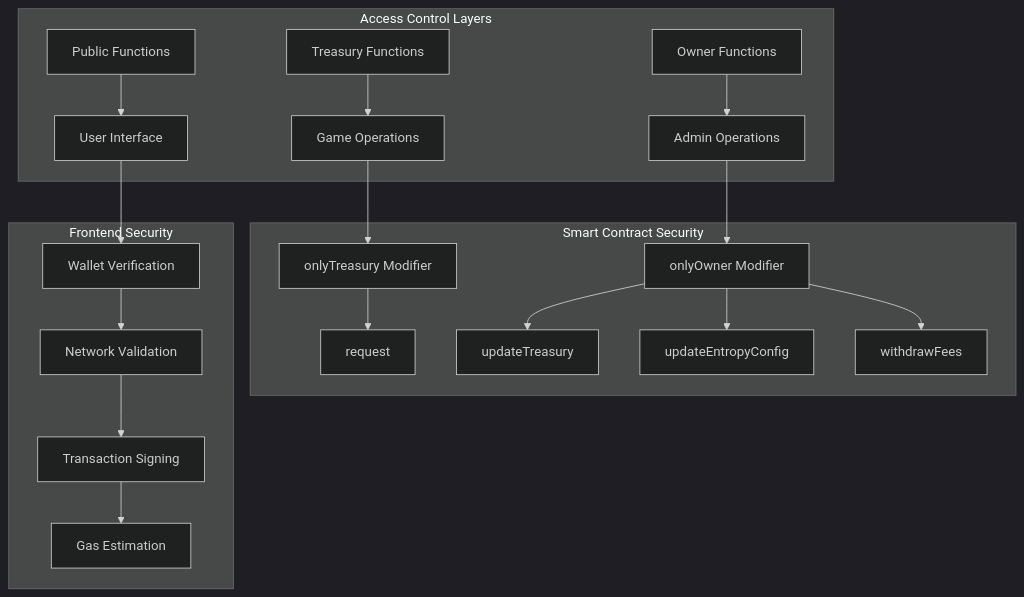
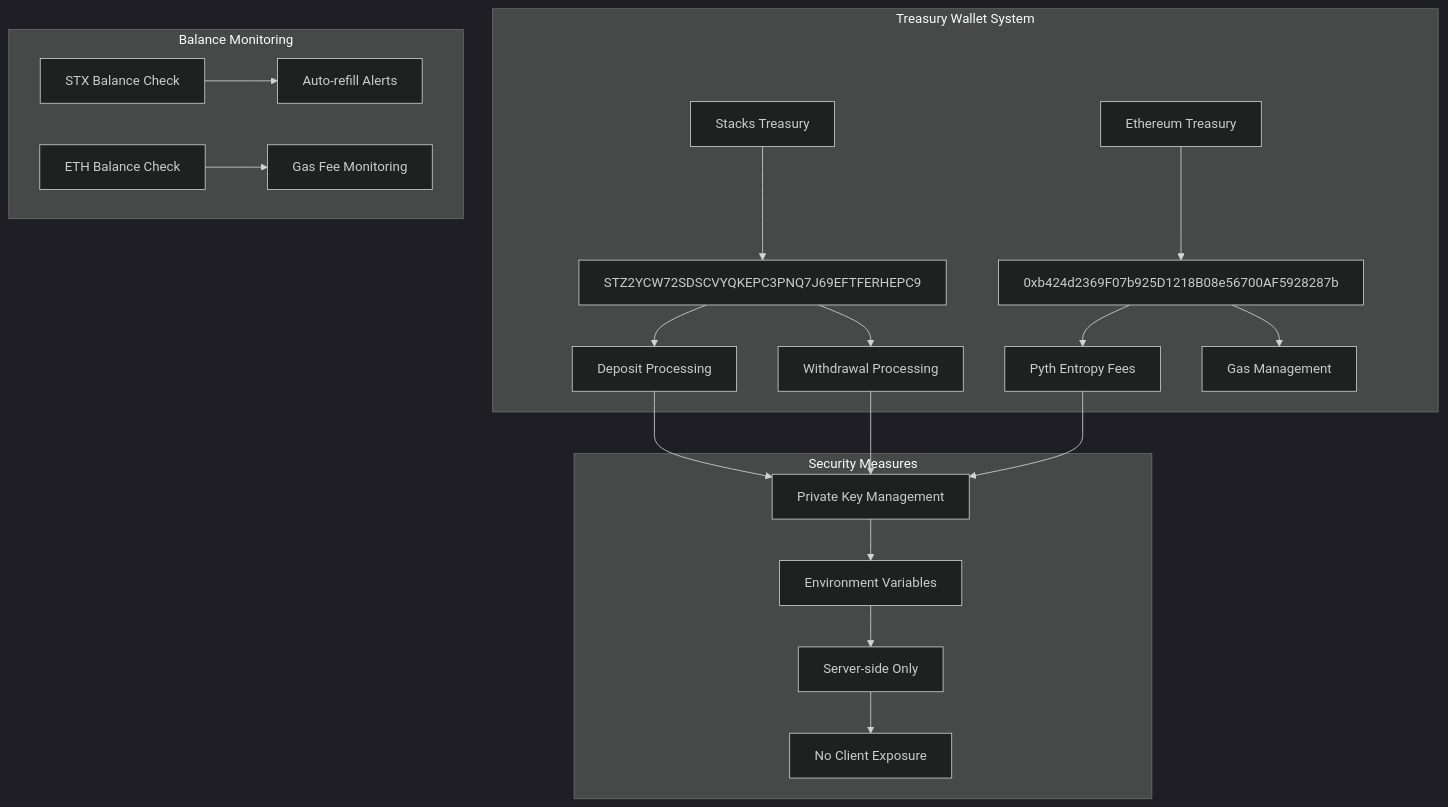
The eighth of 12 diagrams in MERMAID_DIAGRAMS.md (AmaanSayyad/APT-Casino-Stacks), drawn with Mermaid (dark theme) before and after one commit. The commit also changed other lines of this file and 5 other files, not shown here.

````diff
--- a/MERMAID_DIAGRAMS.md
+++ b/MERMAID_DIAGRAMS.md
@@ -253,25 +211,27 @@
 ```mermaid
 graph TB
-    subgraph Access["Access Control Layers"]
-        A[Public Functions] --> B[User Interface]
-        C[Treasury Functions] --> D[Game Operations]
-        E[Owner Functions] --> F[Admin Operations]
+    subgraph Treasury["Treasury Wallet System"]
+        A[Stacks Treasury] --> B[STZ2YCW72SDSCVYQKEPC3PNQ7J69EFTFERHEPC9]
+        B --> C[Deposit Processing]
+        B --> D[Withdrawal Processing]
+        
+        E[Ethereum Treasury] --> F[0xb424d2369F07b925D1218B08e56700AF5928287b]
+        F --> G[Pyth Entropy Fees]
+        F --> H[Gas Management]
     end
     
-    subgraph Contract["Smart Contract Security"]
-        G[onlyTreasury Modifier] --> H[request]
-        I[onlyOwner Modifier] --> J[updateTreasury]
-        I --> K[updateEntropyConfig]
-        I --> L[withdrawFees]
+    subgraph Security["Security Measures"]
+        I[Private Key Management] --> J[Environment Variables]
+        J --> K[Server-side Only]
+        K --> L[No Client Exposure]
     end
     
-    subgraph Frontend["Frontend Security"]
-        M[Wallet Verification] --> N[Network Validation]
-        N --> O[Transaction Signing]
-        O --> P[Gas Estimation]
+    subgraph Monitoring["Balance Monitoring"]
+        M[STX Balance Check] --> N[Auto-refill Alerts]
+        O[ETH Balance Check] --> P[Gas Fee Monitoring]
     end
     
-    D --> G
-    F --> I
-    B --> M
+    C --> I
+    D --> I
+    G --> I
 ```
````
